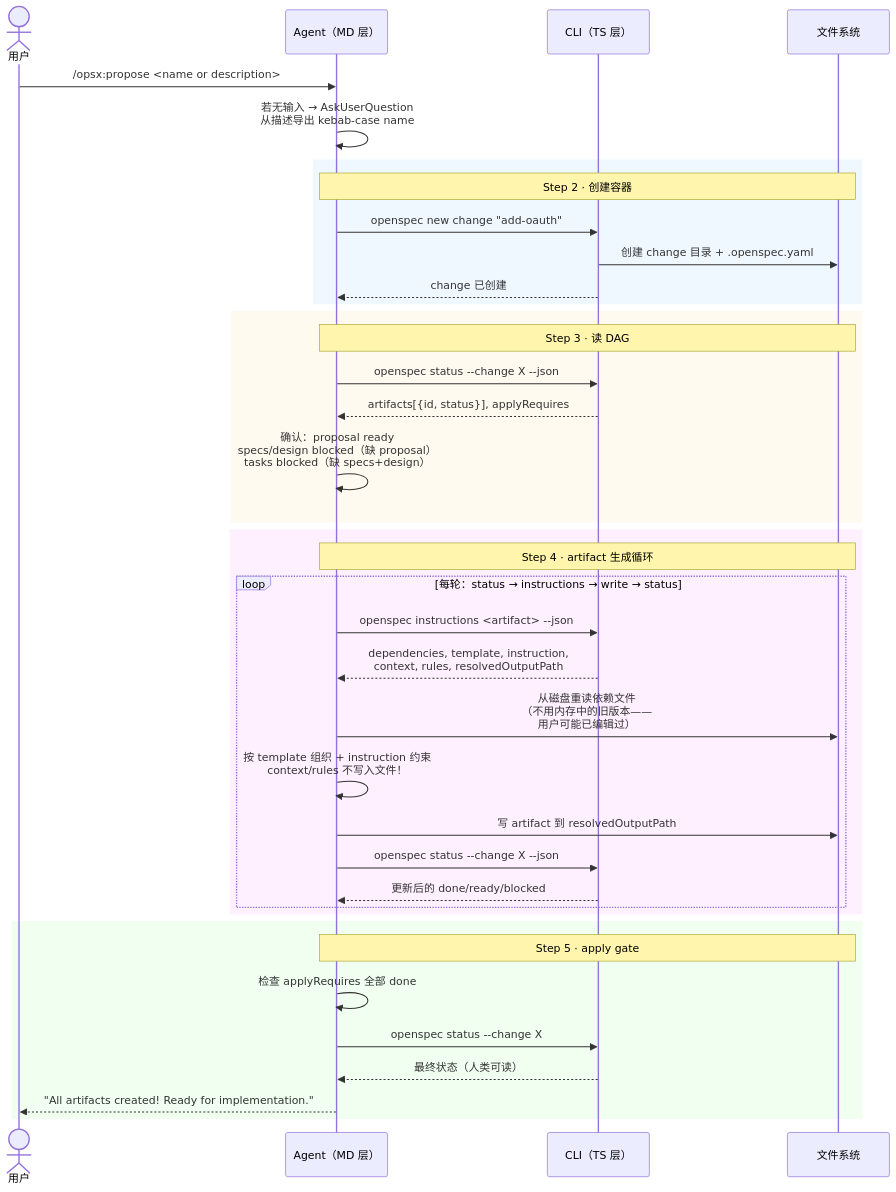
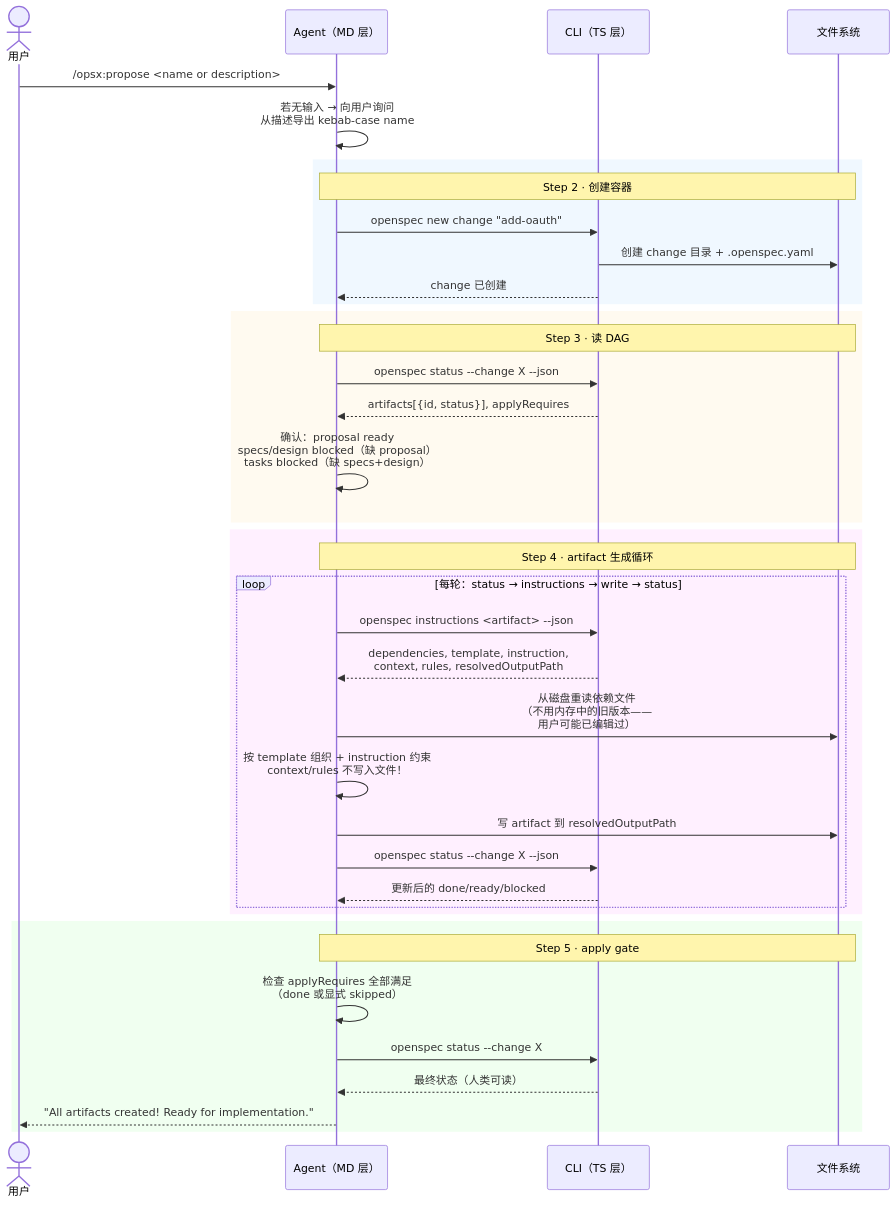
One commit to ethan-jiang-3/OpenSpec changed the diagram in _digested/workflows/02-propose.md. Above: the diagram before and after it, drawn with Mermaid. The commit also changed other lines of this file and 85 other files, not shown here.

````diff
--- a/_digested/workflows/02-propose.md
+++ b/_digested/workflows/02-propose.md
@@ -40,45 +40,45 @@
 ```mermaid
 sequenceDiagram
     actor User as 用户
     participant MD as Agent（MD 层）
     participant TS as CLI（TS 层）
     participant FS as 文件系统
 
     User->>MD: /opsx:propose <name or description>
-    MD->>MD: 若无输入 → AskUserQuestion<br/>从描述导出 kebab-case name
+    MD->>MD: 若无输入 → 向用户询问<br/>从描述导出 kebab-case name
 
     rect rgb(240, 248, 255)
         Note over MD,FS: Step 2 · 创建容器
         MD->>TS: openspec new change "add-oauth"
         TS->>FS: 创建 change 目录 + .openspec.yaml
         TS-->>MD: change 已创建
     end
 
     rect rgb(255, 250, 240)
         Note over MD,FS: Step 3 · 读 DAG
         MD->>TS: openspec status --change X --json
         TS-->>MD: artifacts[{id, status}], applyRequires
         MD->>MD: 确认：proposal ready<br/>specs/design blocked（缺 proposal）<br/>tasks blocked（缺 specs+design）
     end
 
     rect rgb(255, 240, 255)
         Note over MD,FS: Step 4 · artifact 生成循环
         loop 每轮：status → instructions → write → status
             MD->>TS: openspec instructions <artifact> --json
             TS-->>MD: dependencies, template, instruction,<br/>context, rules, resolvedOutputPath
             MD->>FS: 从磁盘重读依赖文件<br/>（不用内存中的旧版本——<br/>用户可能已编辑过）
             MD->>MD: 按 template 组织 + instruction 约束<br/>context/rules 不写入文件！
             MD->>FS: 写 artifact 到 resolvedOutputPath
             MD->>TS: openspec status --change X --json
             TS-->>MD: 更新后的 done/ready/blocked
         end
     end
 
     rect rgb(240, 255, 240)
         Note over MD,FS: Step 5 · apply gate
-        MD->>MD: 检查 applyRequires 全部 done
+        MD->>MD: 检查 applyRequires 全部满足<br/>（done 或显式 skipped）
         MD->>TS: openspec status --change X
         TS-->>MD: 最终状态（人类可读）
         MD-->>User: "All artifacts created! Ready for implementation."
     end
 ```
````
